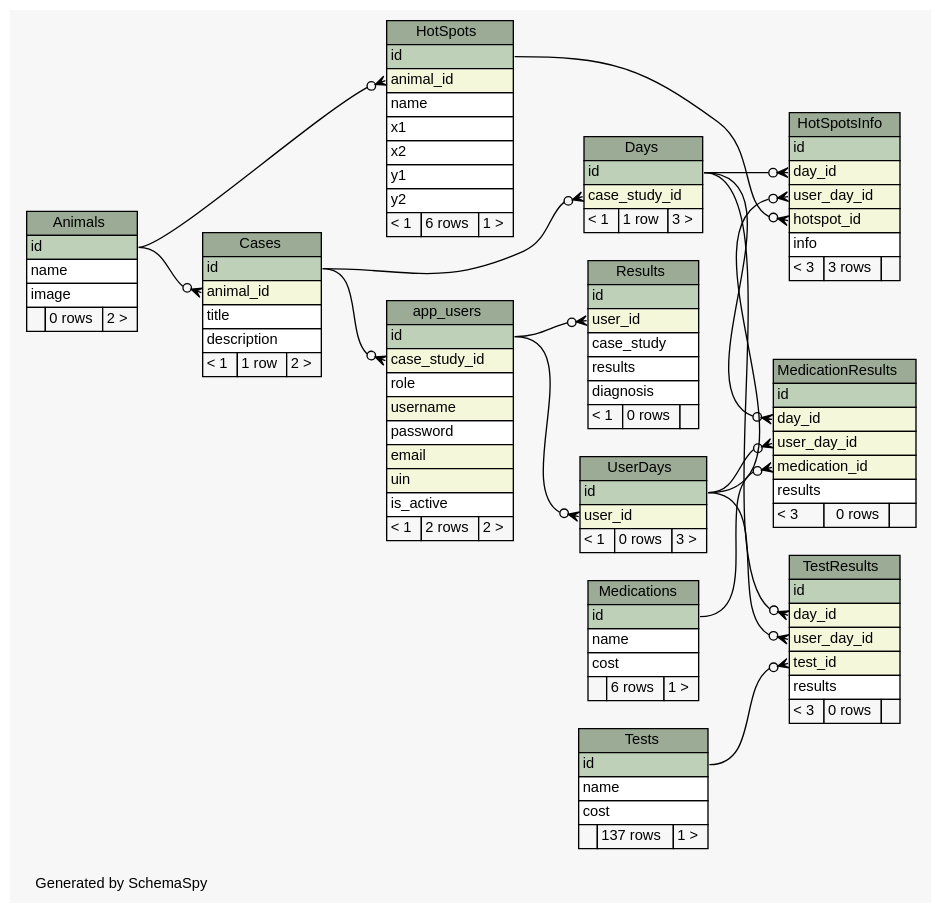
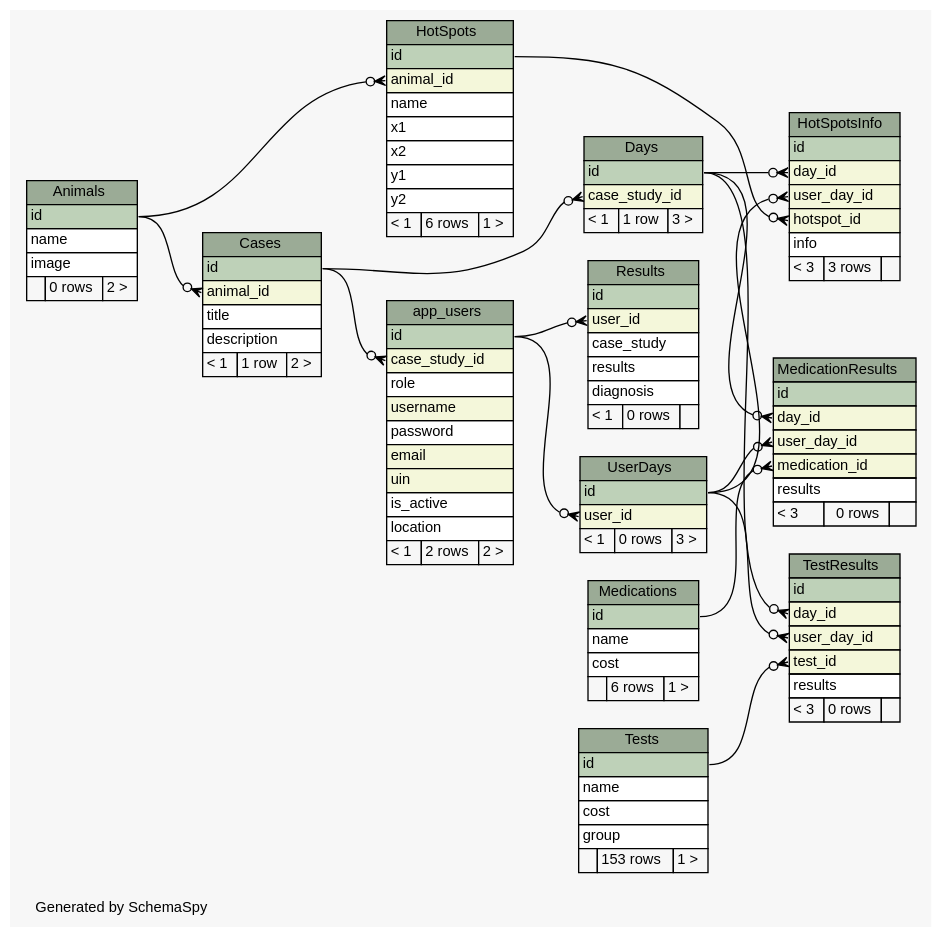
The diagram in web/files/schema/diagrams/summary/relationships.real.large.dot (carrel2/CaseStudies), drawn with Graphviz before and after one commit. The commit also changed 190 other files, not shown here.

```diff
--- a/web/files/schema/diagrams/summary/relationships.real.large.dot
+++ b/web/files/schema/diagrams/summary/relationships.real.large.dot
@@ -1,197 +1,199 @@
 // dot 2.38.0 on Linux 4.4.0-72-generic
 // SchemaSpy rev 590
 digraph "largeRelationshipsDiagram" {
   graph [
     rankdir="RL"
     bgcolor="#f7f7f7"
     label="\nGenerated by SchemaSpy"
     labeljust="l"
     nodesep="0.18"
     ranksep="0.46"
     fontname="Helvetica"
     fontsize="11"
   ];
   node [
     fontname="Helvetica"
     fontsize="11"
     shape="plaintext"
   ];
   edge [
     arrowsize="0.8"
   ];
   "Animals" [
     label=<
     <TABLE BORDER="0" CELLBORDER="1" CELLSPACING="0" BGCOLOR="#ffffff">
       <TR><TD COLSPAN="3" BGCOLOR="#9bab96" ALIGN="CENTER">Animals</TD></TR>
       <TR><TD PORT="id" COLSPAN="3" BGCOLOR="#bed1b8" ALIGN="LEFT">id</TD></TR>
       <TR><TD PORT="name" COLSPAN="3" ALIGN="LEFT">name</TD></TR>
       <TR><TD PORT="image" COLSPAN="3" ALIGN="LEFT">image</TD></TR>
       <TR><TD ALIGN="LEFT" BGCOLOR="#f7f7f7">  </TD><TD ALIGN="RIGHT" BGCOLOR="#f7f7f7">0 rows</TD><TD ALIGN="RIGHT" BGCOLOR="#f7f7f7">2 &gt;</TD></TR>
     </TABLE>>
     URL="tables/Animals.html"
     tooltip="Animals"
   ];
   "app_users" [
     label=<
     <TABLE BORDER="0" CELLBORDER="1" CELLSPACING="0" BGCOLOR="#ffffff">
       <TR><TD COLSPAN="3" BGCOLOR="#9bab96" ALIGN="CENTER">app_users</TD></TR>
       <TR><TD PORT="id" COLSPAN="3" BGCOLOR="#bed1b8" ALIGN="LEFT">id</TD></TR>
       <TR><TD PORT="case_study_id" COLSPAN="3" BGCOLOR="#f4f7da" ALIGN="LEFT">case_study_id</TD></TR>
       <TR><TD PORT="role" COLSPAN="3" ALIGN="LEFT">role</TD></TR>
       <TR><TD PORT="username" COLSPAN="3" BGCOLOR="#f4f7da" ALIGN="LEFT">username</TD></TR>
       <TR><TD PORT="password" COLSPAN="3" ALIGN="LEFT">password</TD></TR>
       <TR><TD PORT="email" COLSPAN="3" BGCOLOR="#f4f7da" ALIGN="LEFT">email</TD></TR>
       <TR><TD PORT="uin" COLSPAN="3" BGCOLOR="#f4f7da" ALIGN="LEFT">uin</TD></TR>
       <TR><TD PORT="is_active" COLSPAN="3" ALIGN="LEFT">is_active</TD></TR>
+      <TR><TD PORT="location" COLSPAN="3" ALIGN="LEFT">location</TD></TR>
       <TR><TD ALIGN="LEFT" BGCOLOR="#f7f7f7">&lt; 1</TD><TD ALIGN="RIGHT" BGCOLOR="#f7f7f7">2 rows</TD><TD ALIGN="RIGHT" BGCOLOR="#f7f7f7">2 &gt;</TD></TR>
     </TABLE>>
     URL="tables/app_users.html"
     tooltip="app_users"
   ];
   "Cases" [
     label=<
     <TABLE BORDER="0" CELLBORDER="1" CELLSPACING="0" BGCOLOR="#ffffff">
       <TR><TD COLSPAN="3" BGCOLOR="#9bab96" ALIGN="CENTER">Cases</TD></TR>
       <TR><TD PORT="id" COLSPAN="3" BGCOLOR="#bed1b8" ALIGN="LEFT">id</TD></TR>
       <TR><TD PORT="animal_id" COLSPAN="3" BGCOLOR="#f4f7da" ALIGN="LEFT">animal_id</TD></TR>
       <TR><TD PORT="title" COLSPAN="3" ALIGN="LEFT">title</TD></TR>
       <TR><TD PORT="description" COLSPAN="3" ALIGN="LEFT">description</TD></TR>
       <TR><TD ALIGN="LEFT" BGCOLOR="#f7f7f7">&lt; 1</TD><TD ALIGN="RIGHT" BGCOLOR="#f7f7f7">1 row</TD><TD ALIGN="RIGHT" BGCOLOR="#f7f7f7">2 &gt;</TD></TR>
     </TABLE>>
     URL="tables/Cases.html"
     tooltip="Cases"
   ];
   "Days" [
     label=<
     <TABLE BORDER="0" CELLBORDER="1" CELLSPACING="0" BGCOLOR="#ffffff">
       <TR><TD COLSPAN="3" BGCOLOR="#9bab96" ALIGN="CENTER">Days</TD></TR>
       <TR><TD PORT="id" COLSPAN="3" BGCOLOR="#bed1b8" ALIGN="LEFT">id</TD></TR>
       <TR><TD PORT="case_study_id" COLSPAN="3" BGCOLOR="#f4f7da" ALIGN="LEFT">case_study_id</TD></TR>
       <TR><TD ALIGN="LEFT" BGCOLOR="#f7f7f7">&lt; 1</TD><TD ALIGN="RIGHT" BGCOLOR="#f7f7f7">1 row</TD><TD ALIGN="RIGHT" BGCOLOR="#f7f7f7">3 &gt;</TD></TR>
     </TABLE>>
     URL="tables/Days.html"
     tooltip="Days"
   ];
   "HotSpots" [
     label=<
     <TABLE BORDER="0" CELLBORDER="1" CELLSPACING="0" BGCOLOR="#ffffff">
       <TR><TD COLSPAN="3" BGCOLOR="#9bab96" ALIGN="CENTER">HotSpots</TD></TR>
       <TR><TD PORT="id" COLSPAN="3" BGCOLOR="#bed1b8" ALIGN="LEFT">id</TD></TR>
       <TR><TD PORT="animal_id" COLSPAN="3" BGCOLOR="#f4f7da" ALIGN="LEFT">animal_id</TD></TR>
       <TR><TD PORT="name" COLSPAN="3" ALIGN="LEFT">name</TD></TR>
       <TR><TD PORT="x1" COLSPAN="3" ALIGN="LEFT">x1</TD></TR>
       <TR><TD PORT="x2" COLSPAN="3" ALIGN="LEFT">x2</TD></TR>
       <TR><TD PORT="y1" COLSPAN="3" ALIGN="LEFT">y1</TD></TR>
       <TR><TD PORT="y2" COLSPAN="3" ALIGN="LEFT">y2</TD></TR>
       <TR><TD ALIGN="LEFT" BGCOLOR="#f7f7f7">&lt; 1</TD><TD ALIGN="RIGHT" BGCOLOR="#f7f7f7">6 rows</TD><TD ALIGN="RIGHT" BGCOLOR="#f7f7f7">1 &gt;</TD></TR>
     </TABLE>>
     URL="tables/HotSpots.html"
     tooltip="HotSpots"
   ];
   "HotSpotsInfo" [
     label=<
     <TABLE BORDER="0" CELLBORDER="1" CELLSPACING="0" BGCOLOR="#ffffff">
       <TR><TD COLSPAN="3" BGCOLOR="#9bab96" ALIGN="CENTER">HotSpotsInfo</TD></TR>
       <TR><TD PORT="id" COLSPAN="3" BGCOLOR="#bed1b8" ALIGN="LEFT">id</TD></TR>
       <TR><TD PORT="day_id" COLSPAN="3" BGCOLOR="#f4f7da" ALIGN="LEFT">day_id</TD></TR>
       <TR><TD PORT="user_day_id" COLSPAN="3" BGCOLOR="#f4f7da" ALIGN="LEFT">user_day_id</TD></TR>
       <TR><TD PORT="hotspot_id" COLSPAN="3" BGCOLOR="#f4f7da" ALIGN="LEFT">hotspot_id</TD></TR>
       <TR><TD PORT="info" COLSPAN="3" ALIGN="LEFT">info</TD></TR>
       <TR><TD ALIGN="LEFT" BGCOLOR="#f7f7f7">&lt; 3</TD><TD ALIGN="RIGHT" BGCOLOR="#f7f7f7">3 rows</TD><TD ALIGN="RIGHT" BGCOLOR="#f7f7f7">  </TD></TR>
     </TABLE>>
     URL="tables/HotSpotsInfo.html"
     tooltip="HotSpotsInfo"
   ];
   "MedicationResults" [
     label=<
     <TABLE BORDER="0" CELLBORDER="1" CELLSPACING="0" BGCOLOR="#ffffff">
       <TR><TD COLSPAN="3" BGCOLOR="#9bab96" ALIGN="CENTER">MedicationResults</TD></TR>
       <TR><TD PORT="id" COLSPAN="3" BGCOLOR="#bed1b8" ALIGN="LEFT">id</TD></TR>
       <TR><TD PORT="day_id" COLSPAN="3" BGCOLOR="#f4f7da" ALIGN="LEFT">day_id</TD></TR>
       <TR><TD PORT="user_day_id" COLSPAN="3" BGCOLOR="#f4f7da" ALIGN="LEFT">user_day_id</TD></TR>
       <TR><TD PORT="medication_id" COLSPAN="3" BGCOLOR="#f4f7da" ALIGN="LEFT">medication_id</TD></TR>
       <TR><TD PORT="results" COLSPAN="3" ALIGN="LEFT">results</TD></TR>
       <TR><TD ALIGN="LEFT" BGCOLOR="#f7f7f7">&lt; 3</TD><TD ALIGN="RIGHT" BGCOLOR="#f7f7f7">0 rows</TD><TD ALIGN="RIGHT" BGCOLOR="#f7f7f7">  </TD></TR>
     </TABLE>>
     URL="tables/MedicationResults.html"
     tooltip="MedicationResults"
   ];
   "Medications" [
     label=<
     <TABLE BORDER="0" CELLBORDER="1" CELLSPACING="0" BGCOLOR="#ffffff">
       <TR><TD COLSPAN="3" BGCOLOR="#9bab96" ALIGN="CENTER">Medications</TD></TR>
       <TR><TD PORT="id" COLSPAN="3" BGCOLOR="#bed1b8" ALIGN="LEFT">id</TD></TR>
       <TR><TD PORT="name" COLSPAN="3" ALIGN="LEFT">name</TD></TR>
       <TR><TD PORT="cost" COLSPAN="3" ALIGN="LEFT">cost</TD></TR>
       <TR><TD ALIGN="LEFT" BGCOLOR="#f7f7f7">  </TD><TD ALIGN="RIGHT" BGCOLOR="#f7f7f7">6 rows</TD><TD ALIGN="RIGHT" BGCOLOR="#f7f7f7">1 &gt;</TD></TR>
     </TABLE>>
     URL="tables/Medications.html"
     tooltip="Medications"
   ];
   "Results" [
     label=<
     <TABLE BORDER="0" CELLBORDER="1" CELLSPACING="0" BGCOLOR="#ffffff">
       <TR><TD COLSPAN="3" BGCOLOR="#9bab96" ALIGN="CENTER">Results</TD></TR>
       <TR><TD PORT="id" COLSPAN="3" BGCOLOR="#bed1b8" ALIGN="LEFT">id</TD></TR>
       <TR><TD PORT="user_id" COLSPAN="3" BGCOLOR="#f4f7da" ALIGN="LEFT">user_id</TD></TR>
       <TR><TD PORT="case_study" COLSPAN="3" ALIGN="LEFT">case_study</TD></TR>
       <TR><TD PORT="results" COLSPAN="3" ALIGN="LEFT">results</TD></TR>
       <TR><TD PORT="diagnosis" COLSPAN="3" ALIGN="LEFT">diagnosis</TD></TR>
       <TR><TD ALIGN="LEFT" BGCOLOR="#f7f7f7">&lt; 1</TD><TD ALIGN="RIGHT" BGCOLOR="#f7f7f7">0 rows</TD><TD ALIGN="RIGHT" BGCOLOR="#f7f7f7">  </TD></TR>
     </TABLE>>
     URL="tables/Results.html"
     tooltip="Results"
   ];
   "TestResults" [
     label=<
     <TABLE BORDER="0" CELLBORDER="1" CELLSPACING="0" BGCOLOR="#ffffff">
       <TR><TD COLSPAN="3" BGCOLOR="#9bab96" ALIGN="CENTER">TestResults</TD></TR>
       <TR><TD PORT="id" COLSPAN="3" BGCOLOR="#bed1b8" ALIGN="LEFT">id</TD></TR>
       <TR><TD PORT="day_id" COLSPAN="3" BGCOLOR="#f4f7da" ALIGN="LEFT">day_id</TD></TR>
       <TR><TD PORT="user_day_id" COLSPAN="3" BGCOLOR="#f4f7da" ALIGN="LEFT">user_day_id</TD></TR>
       <TR><TD PORT="test_id" COLSPAN="3" BGCOLOR="#f4f7da" ALIGN="LEFT">test_id</TD></TR>
       <TR><TD PORT="results" COLSPAN="3" ALIGN="LEFT">results</TD></TR>
       <TR><TD ALIGN="LEFT" BGCOLOR="#f7f7f7">&lt; 3</TD><TD ALIGN="RIGHT" BGCOLOR="#f7f7f7">0 rows</TD><TD ALIGN="RIGHT" BGCOLOR="#f7f7f7">  </TD></TR>
     </TABLE>>
     URL="tables/TestResults.html"
     tooltip="TestResults"
   ];
   "Tests" [
     label=<
     <TABLE BORDER="0" CELLBORDER="1" CELLSPACING="0" BGCOLOR="#ffffff">
       <TR><TD COLSPAN="3" BGCOLOR="#9bab96" ALIGN="CENTER">Tests</TD></TR>
       <TR><TD PORT="id" COLSPAN="3" BGCOLOR="#bed1b8" ALIGN="LEFT">id</TD></TR>
       <TR><TD PORT="name" COLSPAN="3" ALIGN="LEFT">name</TD></TR>
       <TR><TD PORT="cost" COLSPAN="3" ALIGN="LEFT">cost</TD></TR>
-      <TR><TD ALIGN="LEFT" BGCOLOR="#f7f7f7">  </TD><TD ALIGN="RIGHT" BGCOLOR="#f7f7f7">137 rows</TD><TD ALIGN="RIGHT" BGCOLOR="#f7f7f7">1 &gt;</TD></TR>
+      <TR><TD PORT="group" COLSPAN="3" ALIGN="LEFT">group</TD></TR>
+      <TR><TD ALIGN="LEFT" BGCOLOR="#f7f7f7">  </TD><TD ALIGN="RIGHT" BGCOLOR="#f7f7f7">153 rows</TD><TD ALIGN="RIGHT" BGCOLOR="#f7f7f7">1 &gt;</TD></TR>
     </TABLE>>
     URL="tables/Tests.html"
     tooltip="Tests"
   ];
   "UserDays" [
     label=<
     <TABLE BORDER="0" CELLBORDER="1" CELLSPACING="0" BGCOLOR="#ffffff">
       <TR><TD COLSPAN="3" BGCOLOR="#9bab96" ALIGN="CENTER">UserDays</TD></TR>
       <TR><TD PORT="id" COLSPAN="3" BGCOLOR="#bed1b8" ALIGN="LEFT">id</TD></TR>
       <TR><TD PORT="user_id" COLSPAN="3" BGCOLOR="#f4f7da" ALIGN="LEFT">user_id</TD></TR>
       <TR><TD ALIGN="LEFT" BGCOLOR="#f7f7f7">&lt; 1</TD><TD ALIGN="RIGHT" BGCOLOR="#f7f7f7">0 rows</TD><TD ALIGN="RIGHT" BGCOLOR="#f7f7f7">3 &gt;</TD></TR>
     </TABLE>>
     URL="tables/UserDays.html"
     tooltip="UserDays"
   ];
   "app_users":"case_study_id":w -> "Cases":"id":e [arrowhead=none dir=back arrowtail=crowodot];
   "Cases":"animal_id":w -> "Animals":"id":e [arrowhead=none dir=back arrowtail=crowodot];
   "Days":"case_study_id":w -> "Cases":"id":e [arrowhead=none dir=back arrowtail=crowodot];
   "HotSpots":"animal_id":w -> "Animals":"id":e [arrowhead=none dir=back arrowtail=crowodot];
   "HotSpotsInfo":"day_id":w -> "Days":"id":e [arrowhead=none dir=back arrowtail=crowodot];
   "HotSpotsInfo":"hotspot_id":w -> "HotSpots":"id":e [arrowhead=none dir=back arrowtail=crowodot];
   "HotSpotsInfo":"user_day_id":w -> "UserDays":"id":e [arrowhead=none dir=back arrowtail=crowodot];
   "MedicationResults":"day_id":w -> "Days":"id":e [arrowhead=none dir=back arrowtail=crowodot];
   "MedicationResults":"medication_id":w -> "Medications":"id":e [arrowhead=none dir=back arrowtail=crowodot];
   "MedicationResults":"user_day_id":w -> "UserDays":"id":e [arrowhead=none dir=back arrowtail=crowodot];
   "Results":"user_id":w -> "app_users":"id":e [arrowhead=none dir=back arrowtail=crowodot];
   "TestResults":"day_id":w -> "Days":"id":e [arrowhead=none dir=back arrowtail=crowodot];
   "TestResults":"test_id":w -> "Tests":"id":e [arrowhead=none dir=back arrowtail=crowodot];
   "TestResults":"user_day_id":w -> "UserDays":"id":e [arrowhead=none dir=back arrowtail=crowodot];
   "UserDays":"user_id":w -> "app_users":"id":e [arrowhead=none dir=back arrowtail=crowodot];
 }
```
